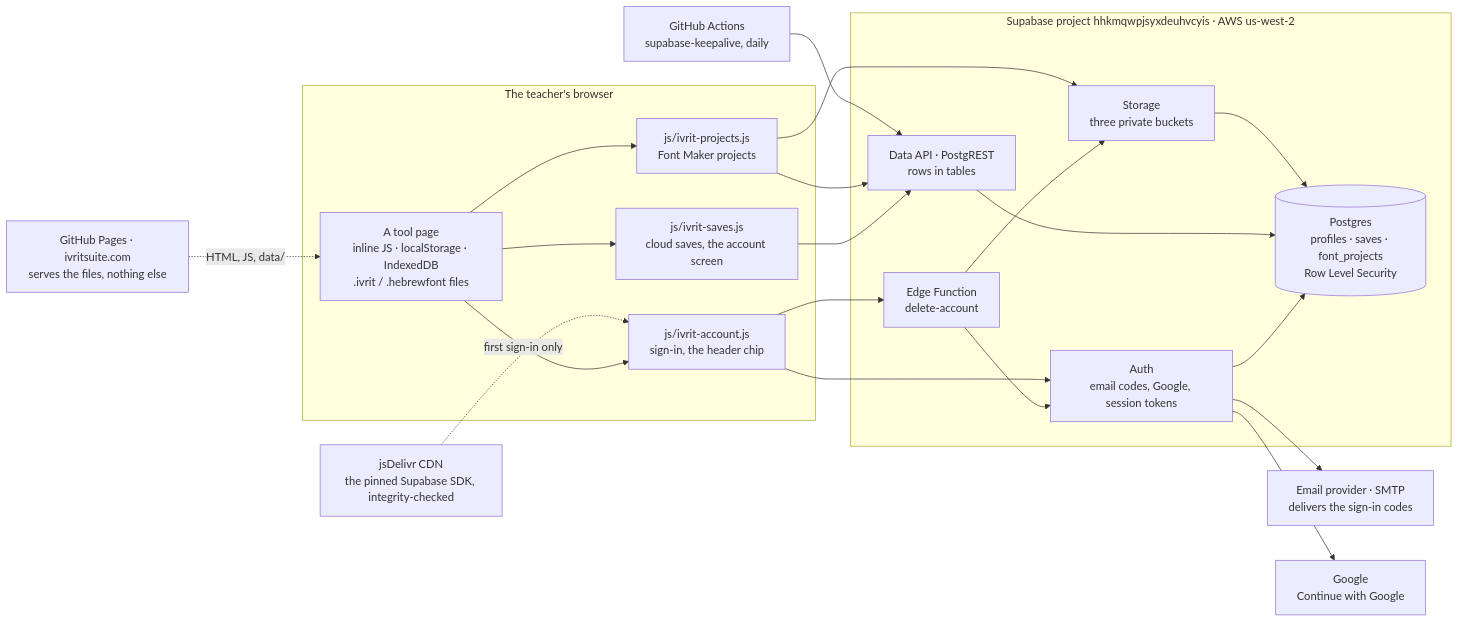
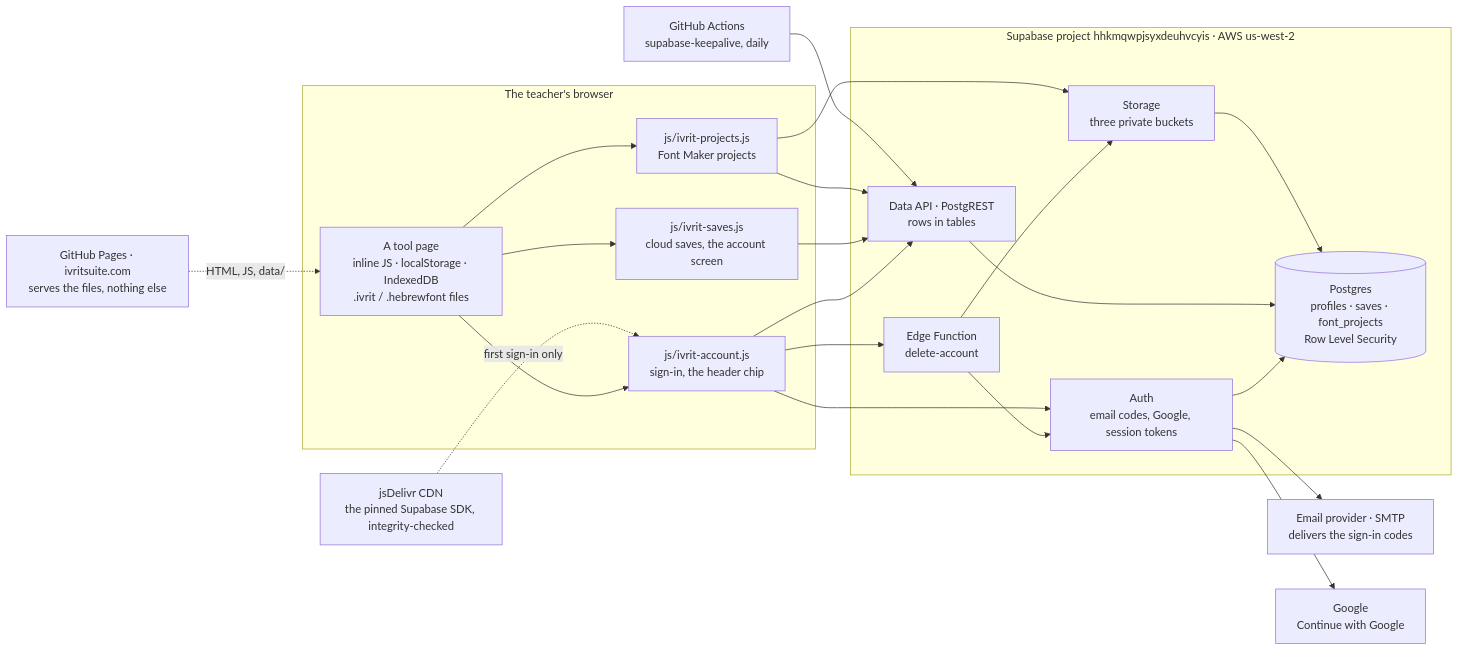
The first of 4 diagrams in docs/backend-architecture.md (Hbleiberg/Hebrew_Blender), drawn with Mermaid before and after one commit. The commit also changed other lines of this file and 6 other files, not shown here.

````diff
--- a/docs/backend-architecture.md
+++ b/docs/backend-architecture.md
@@ -22,36 +22,37 @@
 ```mermaid
 flowchart LR
   subgraph browser["The teacher's browser"]
     page["A tool page<br/>inline JS · localStorage · IndexedDB<br/>.ivrit / .hebrewfont files"]
     acct["js/ivrit-account.js<br/>sign-in, the header chip"]
     saves["js/ivrit-saves.js<br/>cloud saves, the account screen"]
     proj["js/ivrit-projects.js<br/>Font Maker projects"]
     page --> acct
     page --> saves
     page --> proj
   end
   pages["GitHub Pages · ivritsuite.com<br/>serves the files, nothing else"] -. "HTML, JS, data/" .-> page
   cdn["jsDelivr CDN<br/>the pinned Supabase SDK, integrity-checked"] -. "first sign-in only" .-> acct
   subgraph supabase["Supabase project hhkmqwpjsyxdeuhvcyis · AWS us-west-2"]
     auth["Auth<br/>email codes, Google, session tokens"]
     api["Data API · PostgREST<br/>rows in tables"]
     storage["Storage<br/>three private buckets"]
     fn["Edge Function<br/>delete-account"]
     db[("Postgres<br/>profiles · saves · font_projects<br/>Row Level Security")]
     auth --> db
     api --> db
     storage --> db
     fn --> auth
     fn --> storage
   end
   acct --> auth
   acct --> fn
+  acct --> api
   saves --> api
   proj --> api
   proj --> storage
   mail["Email provider · SMTP<br/>delivers the sign-in codes"]
   google["Google<br/>Continue with Google"]
   auth --> mail
   auth --> google
   actions["GitHub Actions<br/>supabase-keepalive, daily"] --> api
 ```
````
